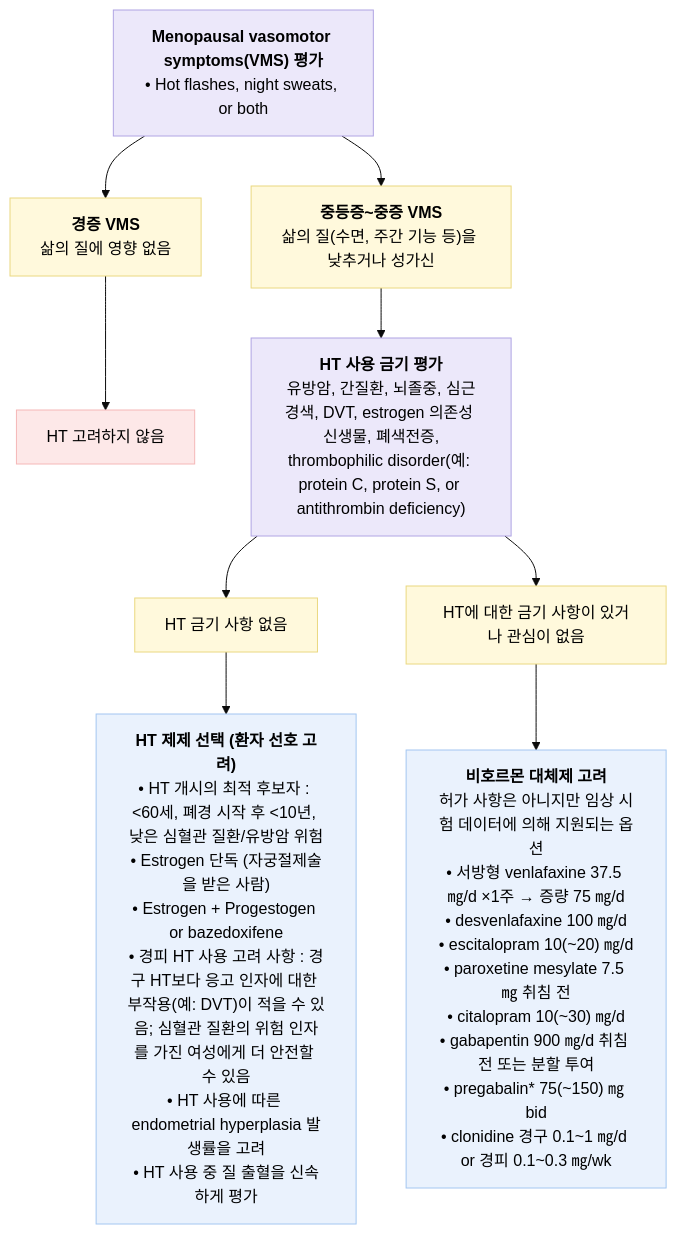
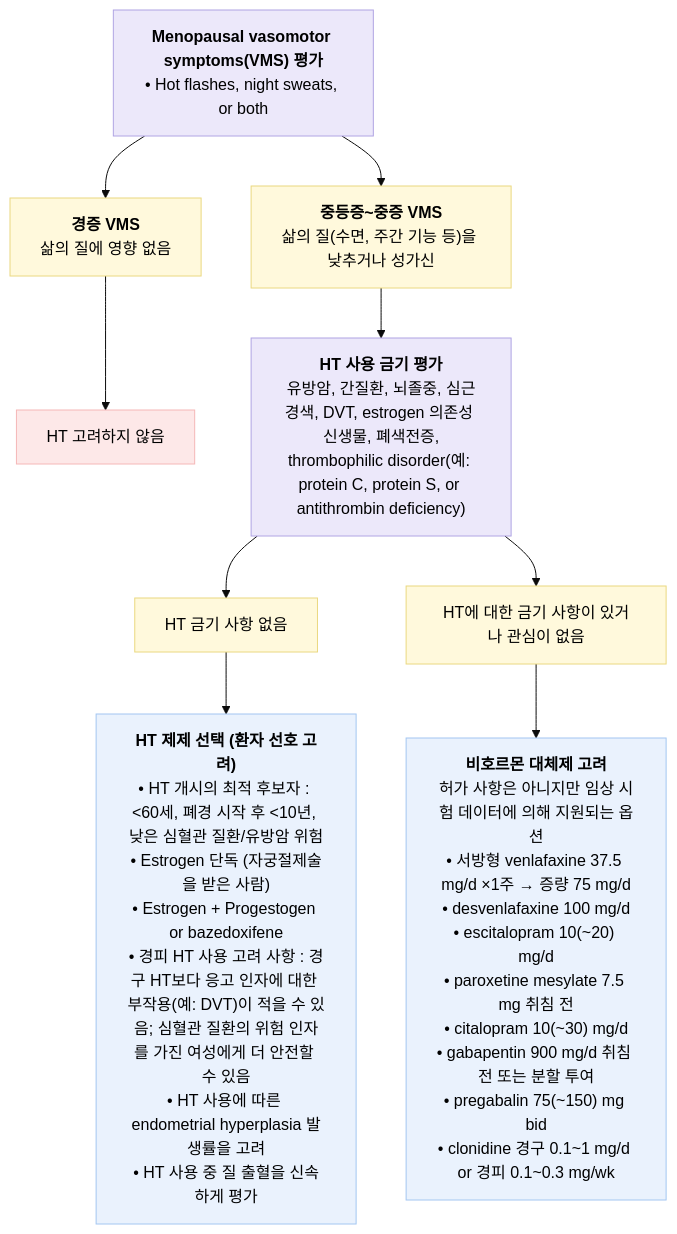
Before and after one commit to familyoh77/familyoh77: the first of 2 diagrams in 226_/108_-menopause-syndrome.md, drawn with Mermaid (base theme). The commit also changed other lines of this file, not shown here.

````diff
--- a/226_/108_-menopause-syndrome.md
+++ b/226_/108_-menopause-syndrome.md
@@ -112,38 +113,38 @@
 ```mermaid
 flowchart TD
     A["<b>Menopausal vasomotor symptoms(VMS) 평가</b><br/>• Hot flashes, night sweats, or both"]
 
     B1["<b>중등증~중증 VMS</b><br/>삶의 질(수면, 주간 기능 등)을 낮추거나 성가신"]
     B2["<b>경증 VMS</b><br/>삶의 질에 영향 없음"]
     B3["HT 고려하지 않음"]
 
     C["<b>HT 사용 금기 평가</b><br/>유방암, 간질환, 뇌졸중, 심근경색, DVT, estrogen 의존성 신생물, 폐색전증,<br/>thrombophilic disorder(예: protein C, protein S, or antithrombin deficiency)"]
 
     D1["HT 금기 사항 없음"]
     D2["HT에 대한 금기 사항이 있거나 관심이 없음"]
 
     E1["<b>HT 제제 선택 (환자 선호 고려)</b><br/>• HT 개시의 최적 후보자 : &lt;60세, 폐경 시작 후 &lt;10년, 낮은 심혈관 질환/유방암 위험<br/>• Estrogen 단독 (자궁절제술을 받은 사람)<br/>• Estrogen + Progestogen or bazedoxifene<br/>• 경피 HT 사용 고려 사항 : 경구 HT보다 응고 인자에 대한 부작용(예: DVT)이 적을 수 있음; 심혈관 질환의 위험 인자를 가진 여성에게 더 안전할 수 있음<br/>• HT 사용에 따른 endometrial hyperplasia 발생률을 고려<br/>• HT 사용 중 질 출혈을 신속하게 평가"]
 
-    E2["<b>비호르몬 대체제 고려</b><br/>허가 사항은 아니지만 임상 시험 데이터에 의해 지원되는 옵션<br/>• 서방형 venlafaxine 37.5 ㎎/d ×1주 → 증량 75 ㎎/d<br/>• desvenlafaxine 100 ㎎/d<br/>• escitalopram 10(~20) ㎎/d<br/>• paroxetine mesylate 7.5 ㎎ 취침 전<br/>• citalopram 10(~30) ㎎/d<br/>• gabapentin 900 ㎎/d 취침 전 또는 분할 투여<br/>• pregabalin* 75(~150) ㎎ bid<br/>• clonidine 경구 0.1~1 ㎎/d or 경피 0.1~0.3 ㎎/wk"]
+    E2["<b>비호르몬 대체제 고려</b><br/>허가 사항은 아니지만 임상 시험 데이터에 의해 지원되는 옵션<br/>• 서방형 venlafaxine 37.5 mg/d ×1주 → 증량 75 mg/d<br/>• desvenlafaxine 100 mg/d<br/>• escitalopram 10(~20) mg/d<br/>• paroxetine mesylate 7.5 mg 취침 전<br/>• citalopram 10(~30) mg/d<br/>• gabapentin 900 mg/d 취침 전 또는 분할 투여<br/>• pregabalin 75(~150) mg bid<br/>• clonidine 경구 0.1~1 mg/d or 경피 0.1~0.3 mg/wk"]
 
     A --> B1
     A --> B2
     B2 --> B3
 
     B1 --> C
     C --> D1
     C --> D2
 
     D1 --> E1
     D2 --> E2
 
     classDef purple fill:#ECE8FA,stroke:#B0A4E3,stroke-width:1px,color:#000000;
     classDef yellow fill:#FFF9DC,stroke:#EAD880,stroke-width:1px,color:#000000;
     classDef pink fill:#FDE8E8,stroke:#F5B7B7,stroke-width:1px,color:#000000;
     classDef blue fill:#EAF2FD,stroke:#A3C6F1,stroke-width:1px,color:#000000;
 
     class A,C purple;
     class B1,B2,D1,D2 yellow;
     class B3 pink;
     class E1,E2 blue;
 ```
````
